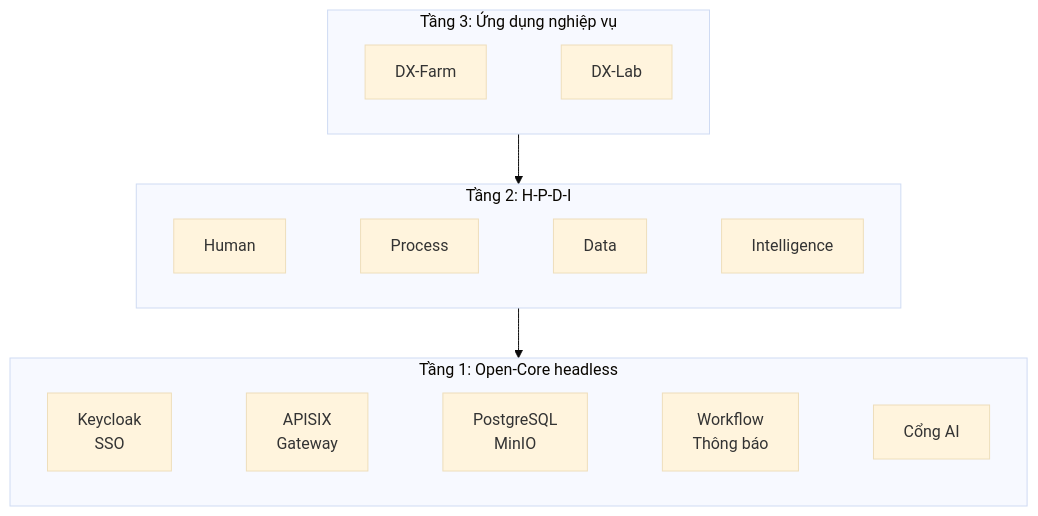
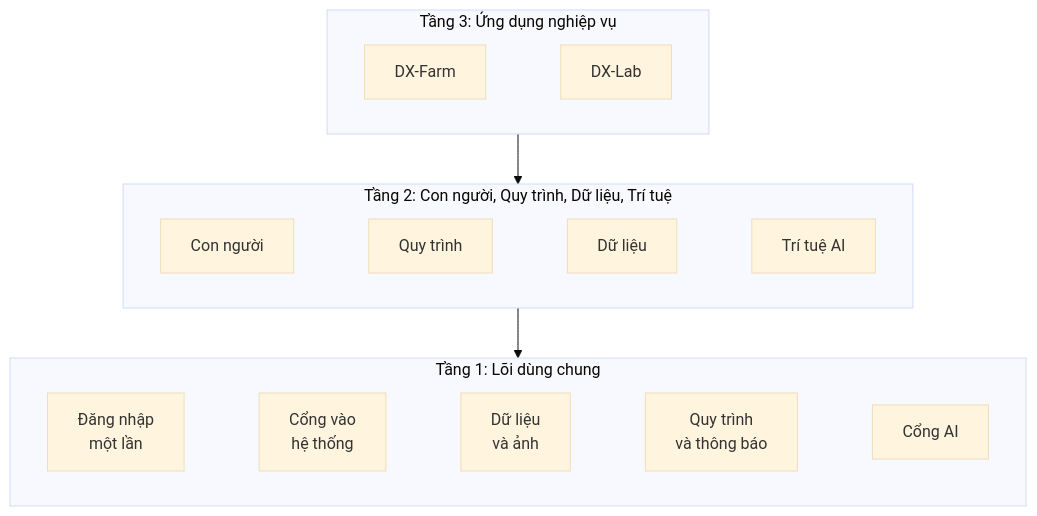
The diagram in README.md (HaUI-ImplSolution/DX-OS), drawn with Mermaid (base theme) before and after one commit. The commit also changed other lines of this file and 1 other file, not shown here.

````diff
--- a/README.md
+++ b/README.md
@@ -56,16 +30,16 @@
 ```mermaid
 flowchart TB
   subgraph T3["Tầng 3: Ứng dụng nghiệp vụ"]
     direction LR
     FARM["DX-Farm"] ~~~ LAB["DX-Lab"]
   end
-  subgraph T2["Tầng 2: H-P-D-I"]
+  subgraph T2["Tầng 2: Con người, Quy trình, Dữ liệu, Trí tuệ"]
     direction LR
-    H["Human"] ~~~ P["Process"] ~~~ D["Data"] ~~~ I["Intelligence"]
+    H["Con người"] ~~~ P["Quy trình"] ~~~ D["Dữ liệu"] ~~~ I["Trí tuệ AI"]
   end
-  subgraph T1["Tầng 1: Open-Core headless"]
+  subgraph T1["Tầng 1: Lõi dùng chung"]
     direction LR
-    SSO["Keycloak<br/>SSO"] ~~~ GW["APISIX<br/>Gateway"] ~~~ DATA["PostgreSQL<br/>MinIO"] ~~~ WF["Workflow<br/>Thông báo"] ~~~ AI["Cổng AI"]
+    SSO["Đăng nhập<br/>một lần"] ~~~ GW["Cổng vào<br/>hệ thống"] ~~~ DATA["Dữ liệu<br/>và ảnh"] ~~~ WF["Quy trình<br/>và thông báo"] ~~~ AI["Cổng AI"]
   end
   T3 --> T2 --> T1
 ```
````
